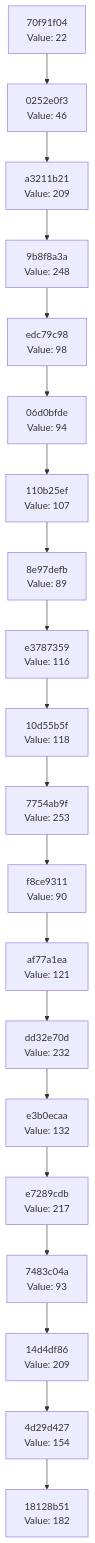
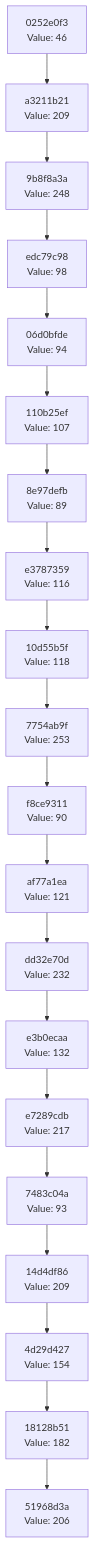
The diagram in docs/CHAIN_VISUALIZATION.md (Abhisheksinha1506/hash-chain-evolver), drawn with Mermaid before and after one commit. The commit also changed 3 other files, not shown here.

````diff
--- a/docs/CHAIN_VISUALIZATION.md
+++ b/docs/CHAIN_VISUALIZATION.md
@@ -3,42 +3,42 @@
 ```mermaid
 graph TD
-    C0["18128b51<br/>Value: 182"]
-    C1["4d29d427<br/>Value: 154"]
+    C0["51968d3a<br/>Value: 206"]
+    C1["18128b51<br/>Value: 182"]
     C1 --> C0
-    C2["14d4df86<br/>Value: 209"]
+    C2["4d29d427<br/>Value: 154"]
     C2 --> C1
-    C3["7483c04a<br/>Value: 93"]
+    C3["14d4df86<br/>Value: 209"]
     C3 --> C2
-    C4["e7289cdb<br/>Value: 217"]
+    C4["7483c04a<br/>Value: 93"]
     C4 --> C3
-    C5["e3b0ecaa<br/>Value: 132"]
+    C5["e7289cdb<br/>Value: 217"]
     C5 --> C4
-    C6["dd32e70d<br/>Value: 232"]
+    C6["e3b0ecaa<br/>Value: 132"]
     C6 --> C5
-    C7["af77a1ea<br/>Value: 121"]
+    C7["dd32e70d<br/>Value: 232"]
     C7 --> C6
-    C8["f8ce9311<br/>Value: 90"]
+    C8["af77a1ea<br/>Value: 121"]
     C8 --> C7
-    C9["7754ab9f<br/>Value: 253"]
+    C9["f8ce9311<br/>Value: 90"]
     C9 --> C8
-    C10["10d55b5f<br/>Value: 118"]
+    C10["7754ab9f<br/>Value: 253"]
     C10 --> C9
-    C11["e3787359<br/>Value: 116"]
+    C11["10d55b5f<br/>Value: 118"]
     C11 --> C10
-    C12["8e97defb<br/>Value: 89"]
+    C12["e3787359<br/>Value: 116"]
     C12 --> C11
-    C13["110b25ef<br/>Value: 107"]
+    C13["8e97defb<br/>Value: 89"]
     C13 --> C12
-    C14["06d0bfde<br/>Value: 94"]
+    C14["110b25ef<br/>Value: 107"]
     C14 --> C13
-    C15["edc79c98<br/>Value: 98"]
+    C15["06d0bfde<br/>Value: 94"]
     C15 --> C14
-    C16["9b8f8a3a<br/>Value: 248"]
+    C16["edc79c98<br/>Value: 98"]
     C16 --> C15
-    C17["a3211b21<br/>Value: 209"]
+    C17["9b8f8a3a<br/>Value: 248"]
     C17 --> C16
-    C18["0252e0f3<br/>Value: 46"]
+    C18["a3211b21<br/>Value: 209"]
     C18 --> C17
-    C19["70f91f04<br/>Value: 22"]
+    C19["0252e0f3<br/>Value: 46"]
     C19 --> C18
 ```
````
